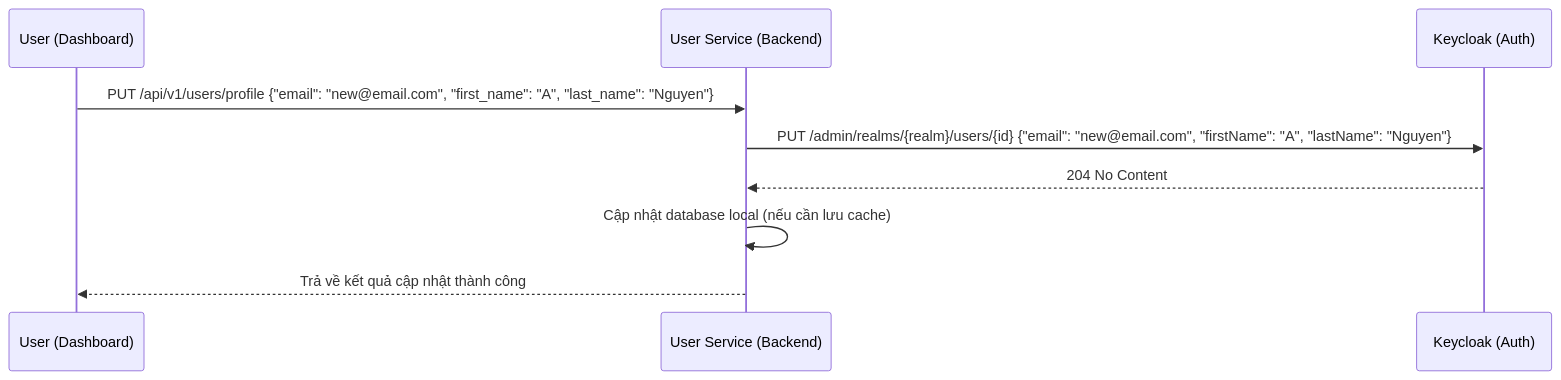
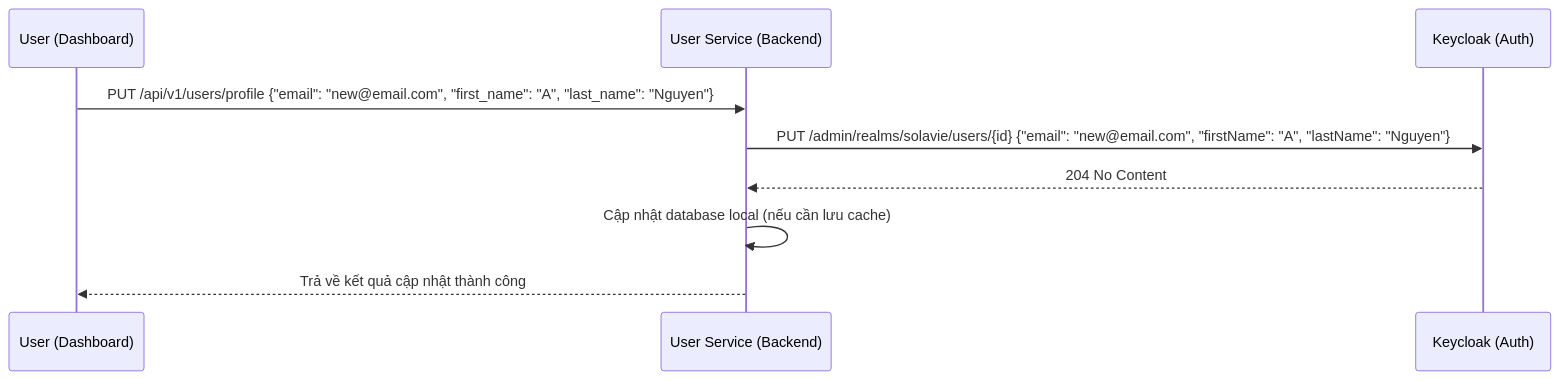
The fourth of 4 diagrams in specs/services/user/design.md (hugg4u/solavie-platform), drawn with Mermaid before and after one commit. The commit also changed other lines of this file and 19 other files, not shown here.

````diff
--- a/specs/services/user/design.md
+++ b/specs/services/user/design.md
@@ -193,12 +193,12 @@
 ```mermaid
 sequenceDiagram
     participant User as User (Dashboard)
     participant US as User Service (Backend)
     participant KC as Keycloak (Auth)
 
     User->>US: PUT /api/v1/users/profile {"email": "new@email.com", "first_name": "A", "last_name": "Nguyen"}
-    US->>KC: PUT /admin/realms/{realm}/users/{id} {"email": "new@email.com", "firstName": "A", "lastName": "Nguyen"}
+    US->>KC: PUT /admin/realms/solavie/users/{id} {"email": "new@email.com", "firstName": "A", "lastName": "Nguyen"}
     KC-->>US: 204 No Content
     US->>US: Cập nhật database local (nếu cần lưu cache)
     US-->>User: Trả về kết quả cập nhật thành công
 ```
````
